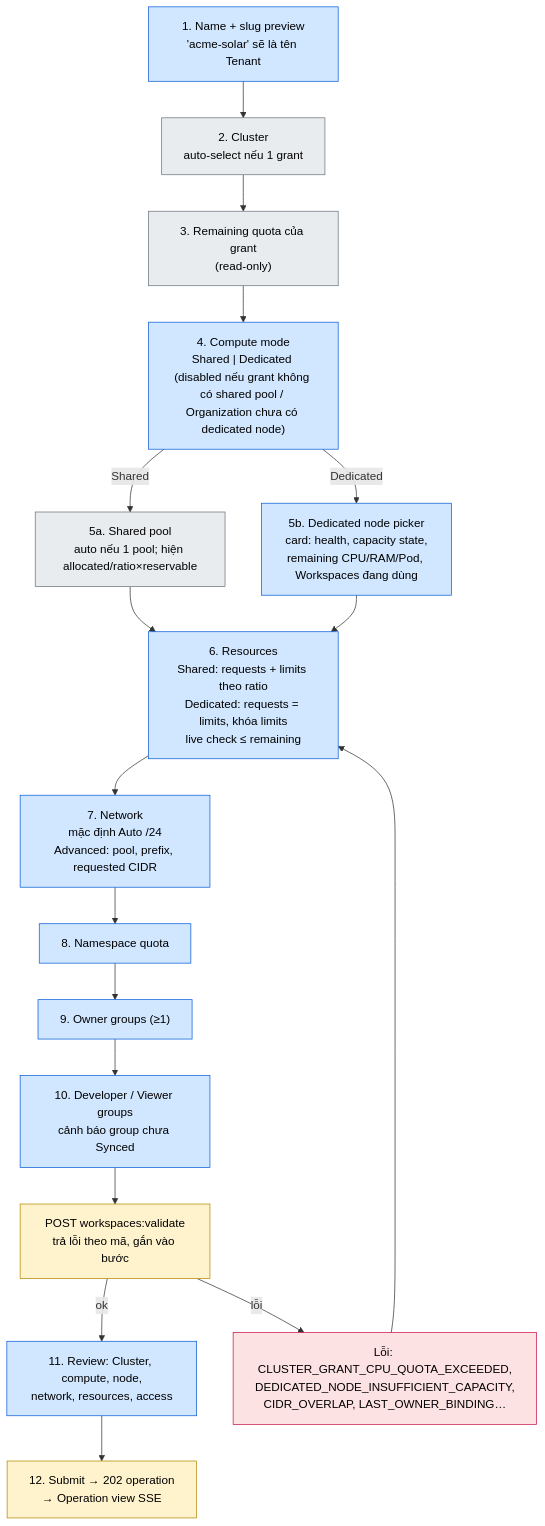
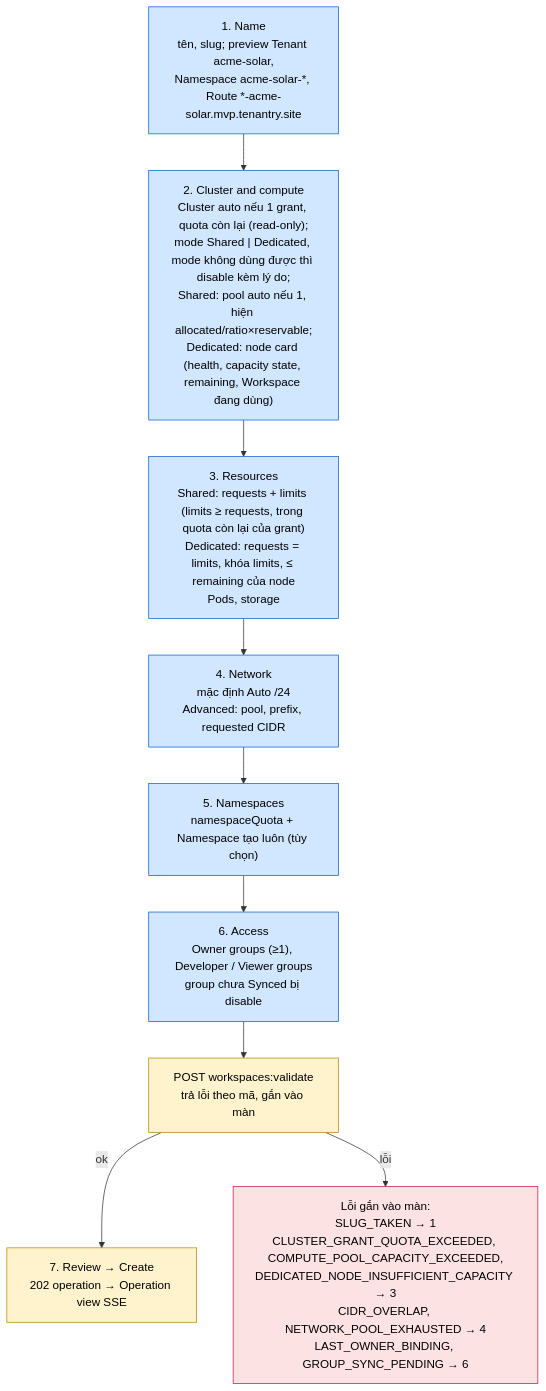
One commit to thaihoc1310/tenantry changed the fourth of 6 diagrams in docs/architecture/07-ux-wireflow.md. Above: the diagram before and after it, drawn with Mermaid. The commit also changed other lines of this file and 14 other files, not shown here.

Commit message:
docs: full review of M0-M12 with org slugs without hyphens, one shared quota per Workspace, tenant RoleBinding and network admission policies, kube-proxy local detection by interface, in-app ownership transfer, missing endpoints, and demo numbers that fit the lab

````diff
--- a/docs/architecture/07-ux-wireflow.md
+++ b/docs/architecture/07-ux-wireflow.md
@@ -139,30 +152,21 @@
 ```mermaid
 flowchart TB
   classDef st fill:#d1e7ff,stroke:#0b5ed7,color:#000
   classDef auto fill:#e9ecef,stroke:#6c757d,color:#000
   classDef api fill:#fff3cd,stroke:#b58900,color:#000
   classDef err fill:#fde2e4,stroke:#c9184a,color:#000
 
-  B1["1. Name + slug preview<br/>'acme-solar' sẽ là tên Tenant"]:::st
-  B2["2. Cluster<br/>auto-select nếu 1 grant"]:::auto
-  B3["3. Remaining quota của grant<br/>(read-only)"]:::auto
-  B4["4. Compute mode<br/>Shared | Dedicated (disabled nếu grant không có shared pool / Organization chưa có dedicated node)"]:::st
-  B5s["5a. Shared pool<br/>auto nếu 1 pool; hiện allocated/ratio×reservable"]:::auto
-  B5d["5b. Dedicated node picker<br/>card: health, capacity state,<br/>remaining CPU/RAM/Pod, Workspaces đang dùng"]:::st
-  B6["6. Resources<br/>Shared: requests + limits theo ratio<br/>Dedicated: requests = limits, khóa limits<br/>live check ≤ remaining"]:::st
-  B7["7. Network<br/>mặc định Auto /24<br/>Advanced: pool, prefix, requested CIDR"]:::st
-  B8["8. Namespace quota"]:::st
-  B9["9. Owner groups (≥1)"]:::st
-  B10["10. Developer / Viewer groups<br/>cảnh báo group chưa Synced"]:::st
-  V["POST workspaces:validate<br/>trả lỗi theo mã, gắn vào bước"]:::api
-  B11["11. Review: Cluster, compute, node,<br/>network, resources, access"]:::st
-  B12["12. Submit → 202 operation<br/>→ Operation view SSE"]:::api
-  E["Lỗi: CLUSTER_GRANT_CPU_QUOTA_EXCEEDED,<br/>DEDICATED_NODE_INSUFFICIENT_CAPACITY,<br/>CIDR_OVERLAP, LAST_OWNER_BINDING…"]:::err
+  B1["1. Name<br/>tên, slug; preview Tenant acme-solar,<br/>Namespace acme-solar-*, Route *-acme-solar.mvp.tenantry.site"]:::st
+  B2["2. Cluster and compute<br/>Cluster auto nếu 1 grant, quota còn lại (read-only);<br/>mode Shared | Dedicated, mode không dùng được thì disable kèm lý do;<br/>Shared: pool auto nếu 1, hiện allocated/ratio×reservable;<br/>Dedicated: node card (health, capacity state, remaining, Workspace đang dùng)"]:::st
+  B3["3. Resources<br/>Shared: requests + limits (limits ≥ requests, trong quota còn lại của grant)<br/>Dedicated: requests = limits, khóa limits, ≤ remaining của node<br/>Pods, storage"]:::st
+  B4["4. Network<br/>mặc định Auto /24<br/>Advanced: pool, prefix, requested CIDR"]:::st
+  B5["5. Namespaces<br/>namespaceQuota + Namespace tạo luôn (tùy chọn)"]:::st
+  B6["6. Access<br/>Owner groups (≥1), Developer / Viewer groups<br/>group chưa Synced bị disable"]:::st
+  V["POST workspaces:validate<br/>trả lỗi theo mã, gắn vào màn"]:::api
+  B7["7. Review → Create<br/>202 operation → Operation view SSE"]:::api
+  E["Lỗi gắn vào màn:<br/>SLUG_TAKEN → 1<br/>CLUSTER_GRANT_QUOTA_EXCEEDED, COMPUTE_POOL_CAPACITY_EXCEEDED,<br/>DEDICATED_NODE_INSUFFICIENT_CAPACITY → 3<br/>CIDR_OVERLAP, NETWORK_POOL_EXHAUSTED → 4<br/>LAST_OWNER_BINDING, GROUP_SYNC_PENDING → 6"]:::err
 
-  B1 --> B2 --> B3 --> B4
-  B4 -->|"Shared"| B5s --> B6
-  B4 -->|"Dedicated"| B5d --> B6
-  B6 --> B7 --> B8 --> B9 --> B10 --> V
-  V -->|"ok"| B11 --> B12
-  V -->|"lỗi"| E --> B6
+  B1 --> B2 --> B3 --> B4 --> B5 --> B6 --> V
+  V -->|"ok"| B7
+  V -->|"lỗi"| E
 ```
````
